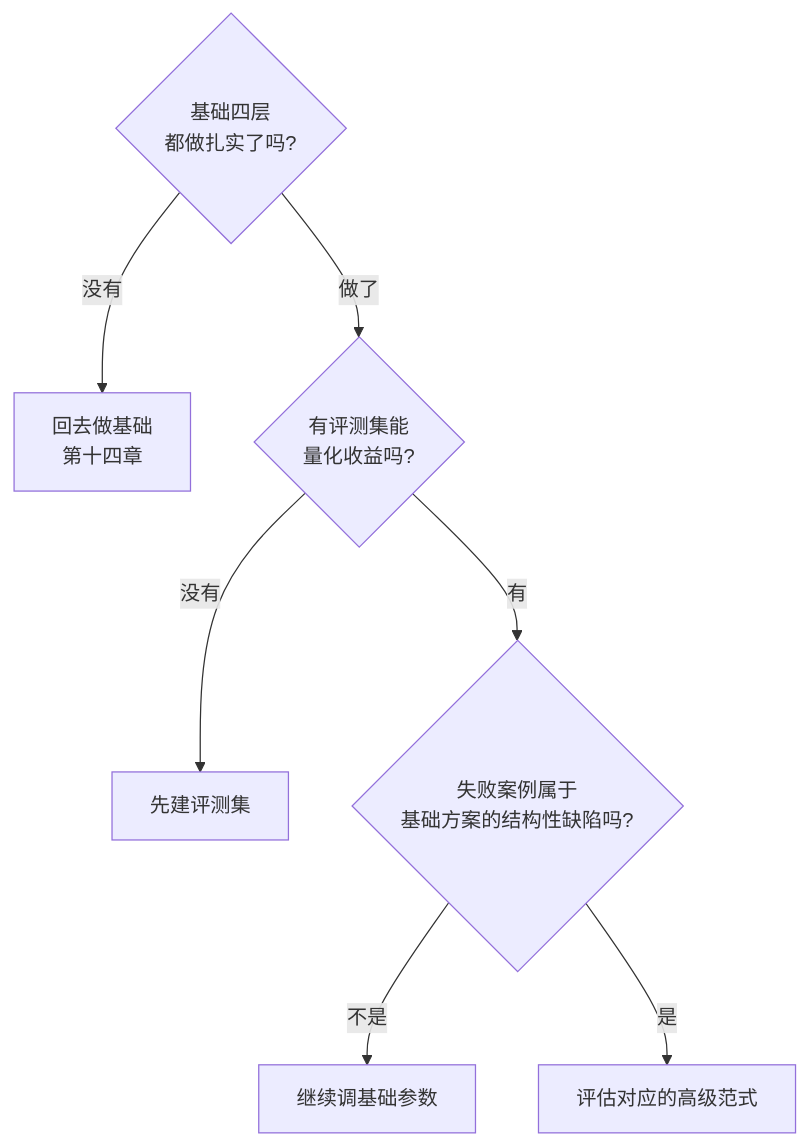
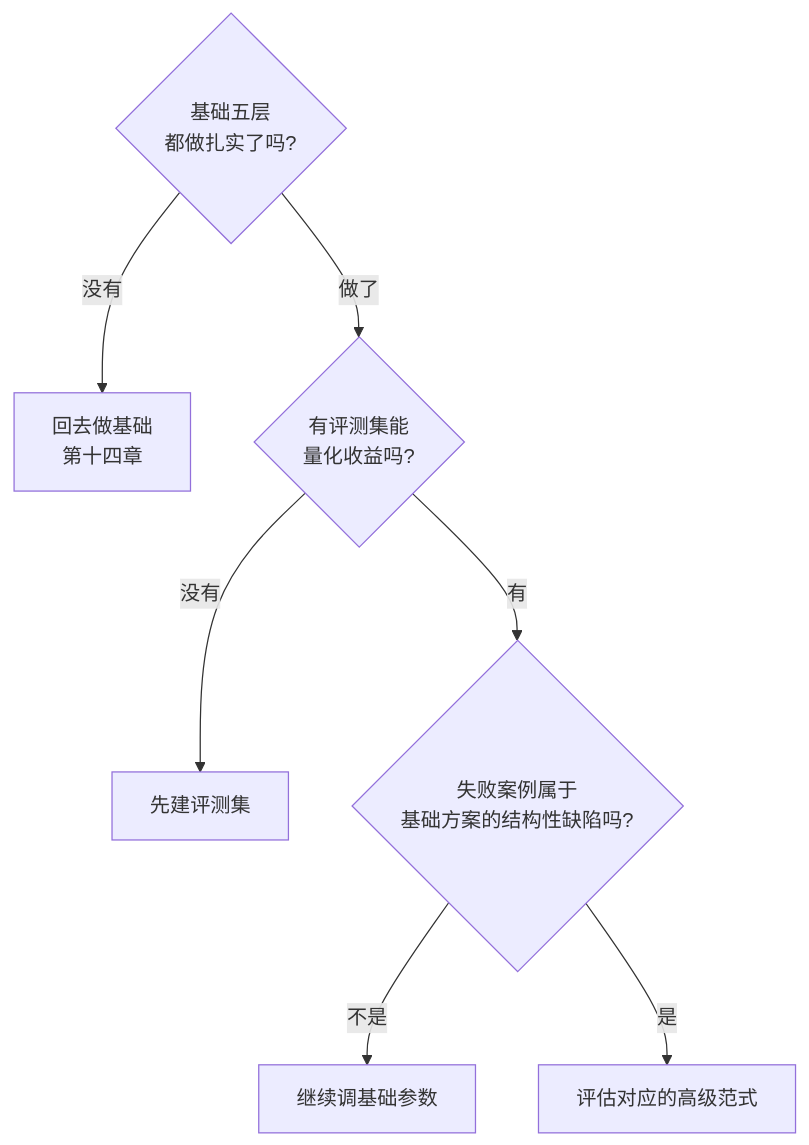
The fifth of 5 diagrams in docs/rag/15-advanced-rag-paradigms.md (oneleaveknowsthefall/awesome-ai-roadmap), drawn with Mermaid before and after one commit. The commit also changed other lines of this file and 77 other files, not shown here.

Commit message:
docs: audit and modernize the AI roadmap

````diff
--- a/docs/rag/15-advanced-rag-paradigms.md
+++ b/docs/rag/15-advanced-rag-paradigms.md
@@ -144,9 +144,9 @@
 ```mermaid
 flowchart TB
-    S{基础四层<br/>都做扎实了吗?} -->|没有| BASE[回去做基础<br/>第十四章]
+    S{基础五层<br/>都做扎实了吗?} -->|没有| BASE[回去做基础<br/>第十四章]
     S -->|做了| E{有评测集能<br/>量化收益吗?}
     E -->|没有| EVAL[先建评测集]
     E -->|有| N{失败案例属于<br/>基础方案的结构性缺陷吗?}
     N -->|不是| TUNE[继续调基础参数]
     N -->|是| ADV[评估对应的高级范式]
 ```
````
